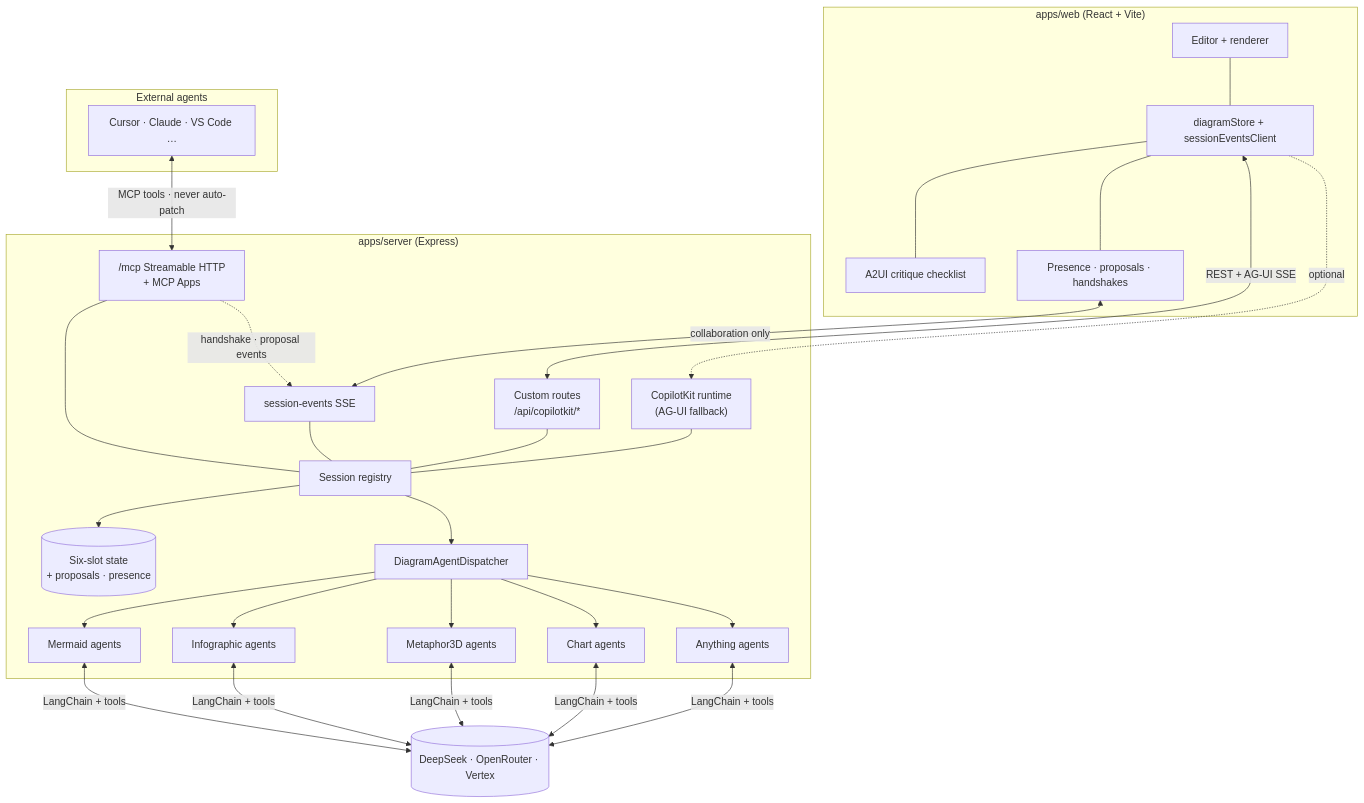
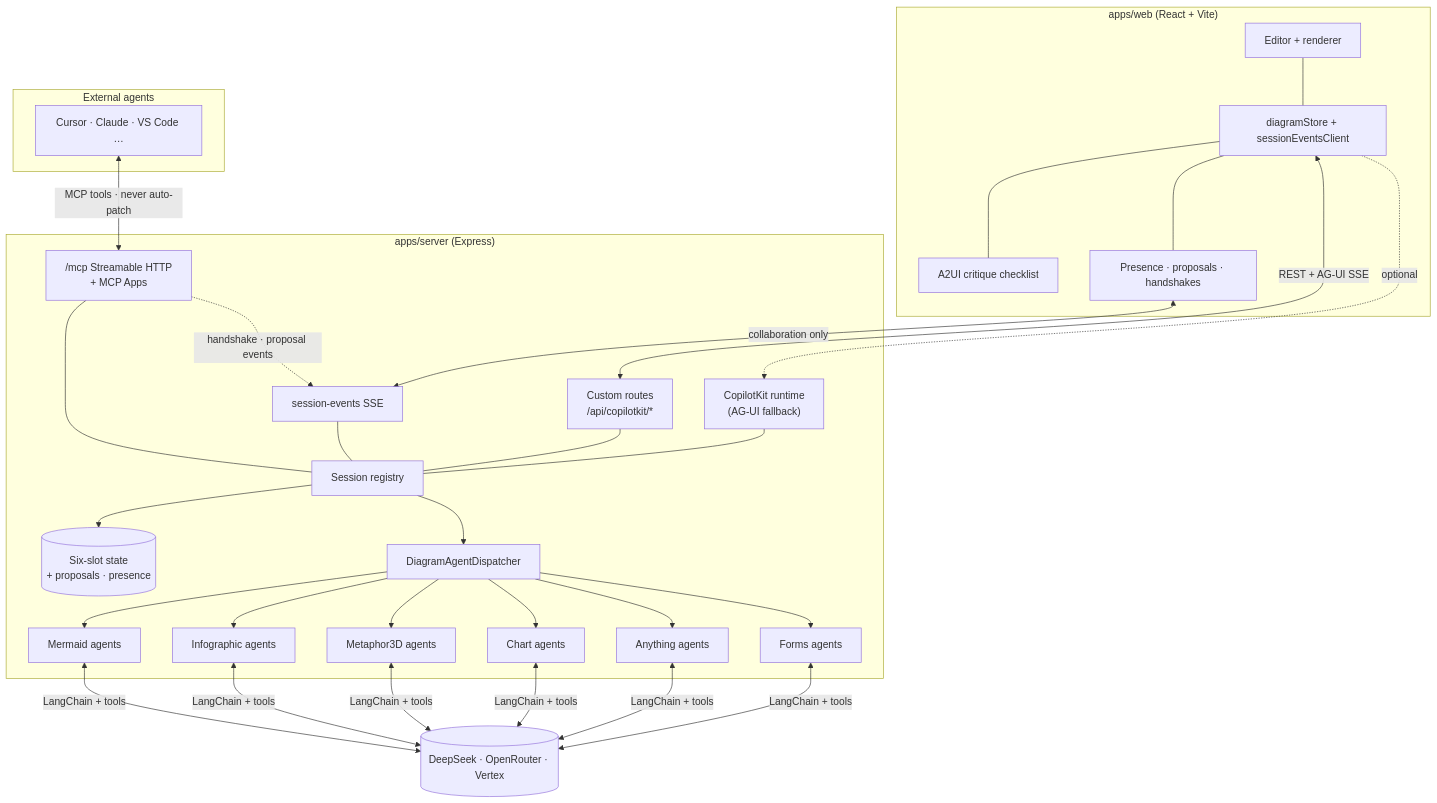
Before and after one commit to acuhlmann/mermaid-gen: the diagram in docs/guide/system-overview.md, drawn with Mermaid. The commit also changed other lines of this file and 7 other files, not shown here.

````diff
--- a/docs/guide/system-overview.md
+++ b/docs/guide/system-overview.md
@@ -7,51 +7,53 @@
 ```mermaid
 flowchart TB
   subgraph client ["apps/web (React + Vite)"]
     UI["Editor + renderer"]
     GenUI["A2UI critique checklist"]
     Collab["Presence · proposals · handshakes"]
     Store[diagramStore + sessionEventsClient]
     UI --- Store
     Store --- GenUI
     Store --- Collab
   end
 
   subgraph server ["apps/server (Express)"]
     Router["Custom routes\n/api/copilotkit/*"]
     SE["session-events SSE"]
     MCP["/mcp Streamable HTTP\n+ MCP Apps"]
     CK["CopilotKit runtime\n(AG-UI fallback)"]
     Reg["Session registry"]
     SS[("Six-slot state\n+ proposals · presence")]
     Dispatcher["DiagramAgentDispatcher"]
     MA[Mermaid agents]
     IA[Infographic agents]
     MEA[Metaphor3D agents]
     CA[Chart agents]
     AA[Anything agents]
+    FA[Forms agents]
     Router --- Reg
     SE --- Reg
     MCP --- Reg
     CK --- Reg
     Reg --> SS
     Reg --> Dispatcher
     Dispatcher --> MA
     Dispatcher --> IA
     Dispatcher --> MEA
     Dispatcher --> CA
     Dispatcher --> AA
+    Dispatcher --> FA
   end
 
   subgraph guests ["External agents"]
     Cursor["Cursor · Claude · VS Code …"]
   end
 
   LLM[("DeepSeek · OpenRouter · Vertex")]
 
   Store <-->|"REST + AG-UI SSE"| Router
   Collab <-->|"collaboration only"| SE
   Cursor <-->|"MCP tools · never auto-patch"| MCP
   Store -.->|"optional"| CK
-  MA & IA & MEA & CA & AA <-->|"LangChain + tools"| LLM
+  MA & IA & MEA & CA & AA & FA <-->|"LangChain + tools"| LLM
   MCP -.->|"handshake · proposal events"| SE
 ```
````
